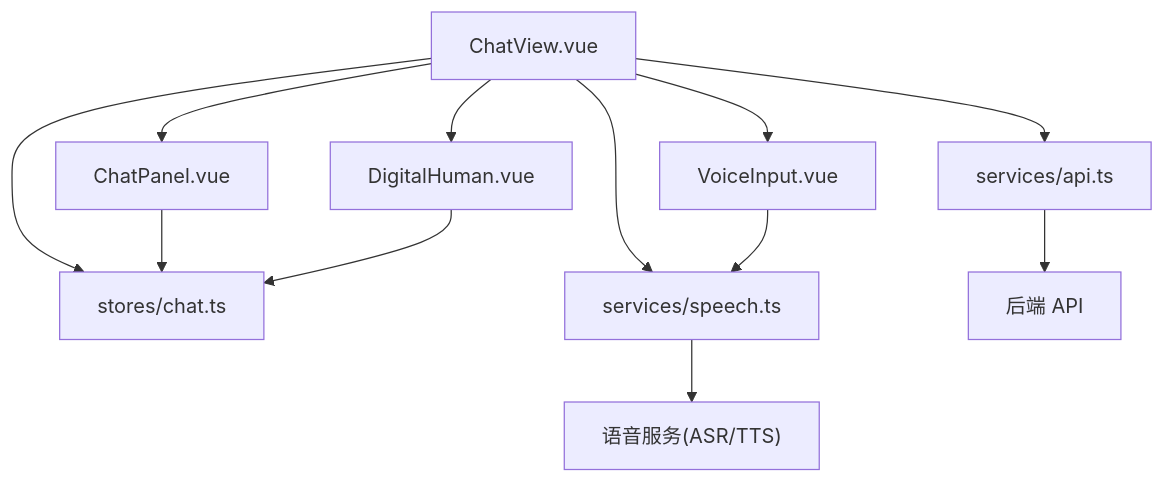
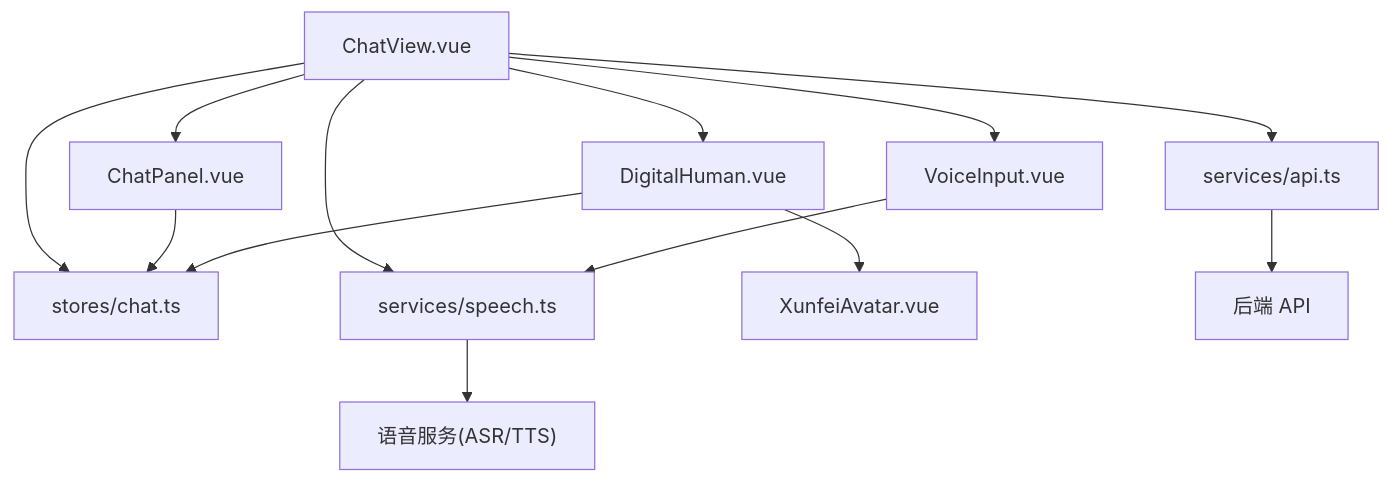
The first of 6 diagrams in .qoder/repowiki/zh/content/前端应用架构/游客端应用 (Tourist App)/智能对话界面/聊天视图组件 (ChatView).md (vstralcn/AI-SmartTour), drawn with Mermaid before and after one commit. The commit also changed other lines of this file and 11 other files, not shown here.

````diff
--- a/.qoder/repowiki/zh/content/前端应用架构/游客端应用 (Tourist App)/智能对话界面/聊天视图组件 (ChatView).md
+++ b/.qoder/repowiki/zh/content/前端应用架构/游客端应用 (Tourist App)/智能对话界面/聊天视图组件 (ChatView).md
@@ -42,14 +43,15 @@
 ```mermaid
 graph TB
 A["ChatView.vue"] --> B["ChatPanel.vue"]
 A --> C["DigitalHuman.vue"]
 A --> D["VoiceInput.vue"]
 A --> E["stores/chat.ts"]
 A --> F["services/api.ts"]
 A --> G["services/speech.ts"]
 B --> E
 C --> E
+C --> T_xunfei["XunfeiAvatar.vue"]
 D --> G
 F --> H["后端 API"]
 G --> I["语音服务(ASR/TTS)"]
 ```
````
